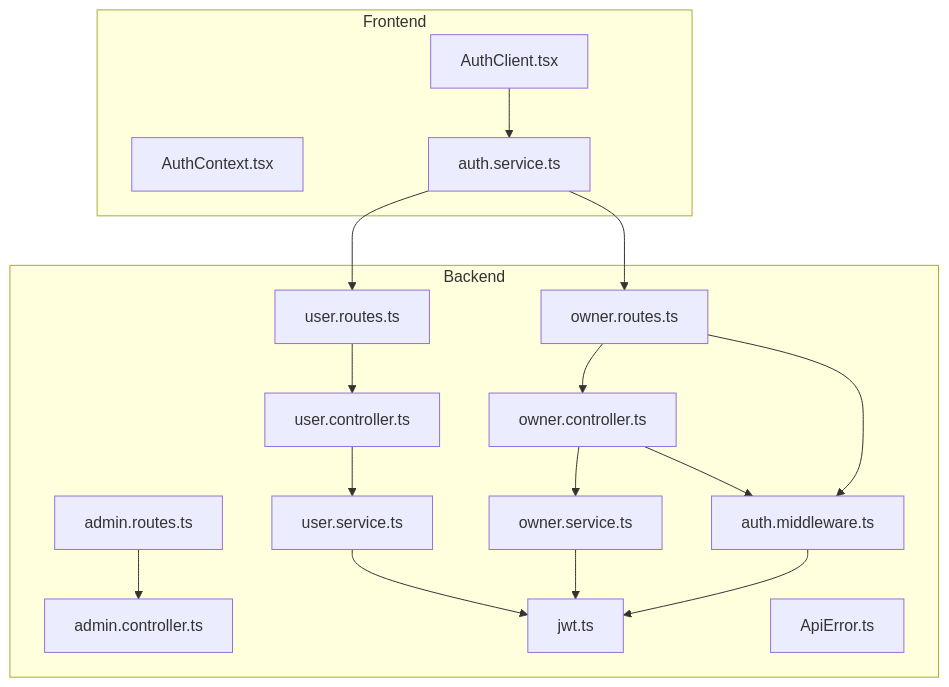
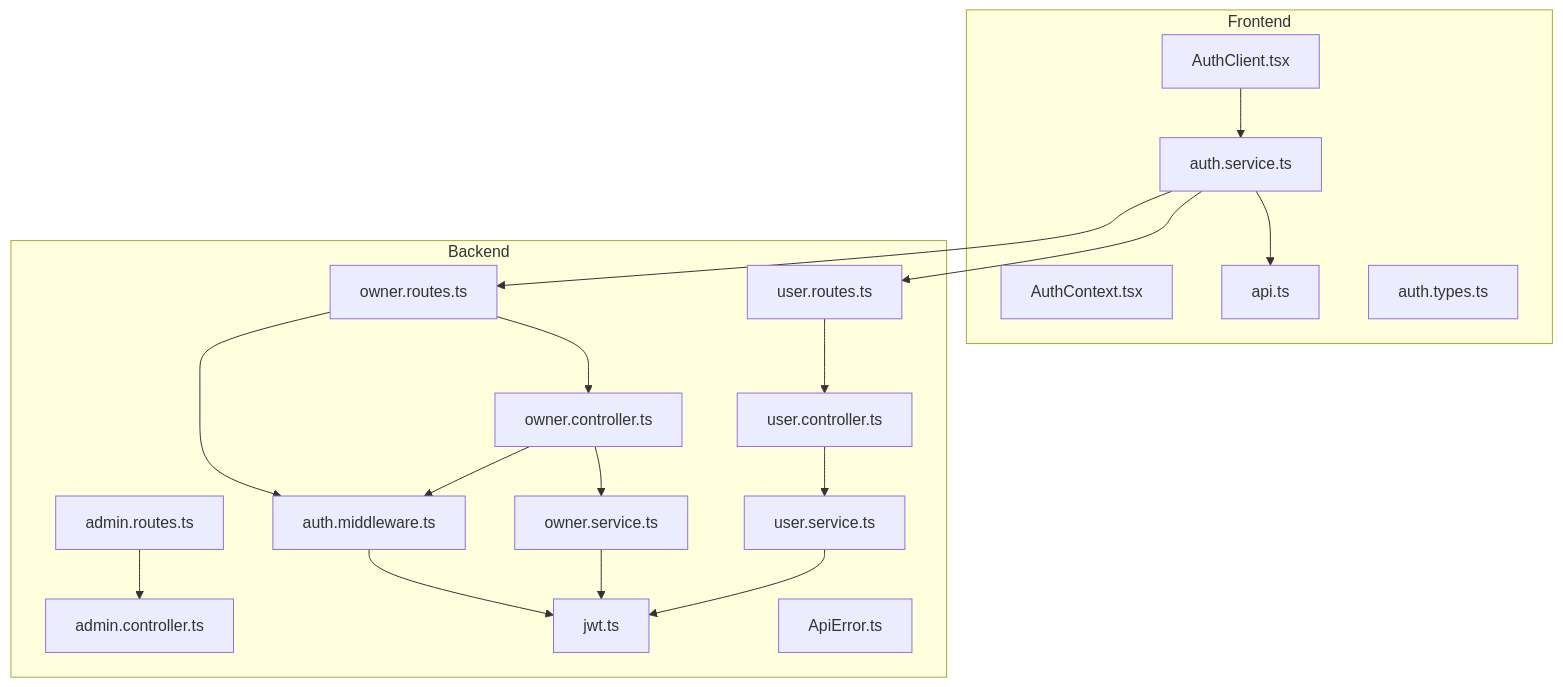
The first of 10 diagrams in .qoder/repowiki/en/content/Authentication & Authorization/Authentication & Authorization.md (nguyencongtrung2001/Do-An), drawn with Mermaid before and after one commit. The commit also changed other lines of this file and 12 other files, not shown here.

````diff
--- a/.qoder/repowiki/en/content/Authentication & Authorization/Authentication & Authorization.md
+++ b/.qoder/repowiki/en/content/Authentication & Authorization/Authentication & Authorization.md
@@ -40,34 +52,37 @@
 ```mermaid
 graph TB
 subgraph "Frontend"
 AC["AuthClient.tsx"]
 CTX["AuthContext.tsx"]
 AS["auth.service.ts"]
+API["api.ts"]
+TYPES["auth.types.ts"]
 end
 subgraph "Backend"
 UR["user.routes.ts"]
 OR["owner.routes.ts"]
 AR["admin.routes.ts"]
 UM["auth.middleware.ts"]
 UC["user.controller.ts"]
 OC["owner.controller.ts"]
 ADM["admin.controller.ts"]
 US["user.service.ts"]
 OS["owner.service.ts"]
 JWT["jwt.ts"]
 AE["ApiError.ts"]
 end
 AC --> AS
+AS --> API
 AS --> UR
 AS --> OR
 UR --> UC
 OR --> OC
 AR --> ADM
 UC --> US
 OC --> OS
 OS --> JWT
 US --> JWT
 UM --> JWT
 OC --> UM
 OR --> UM
 ```
````
